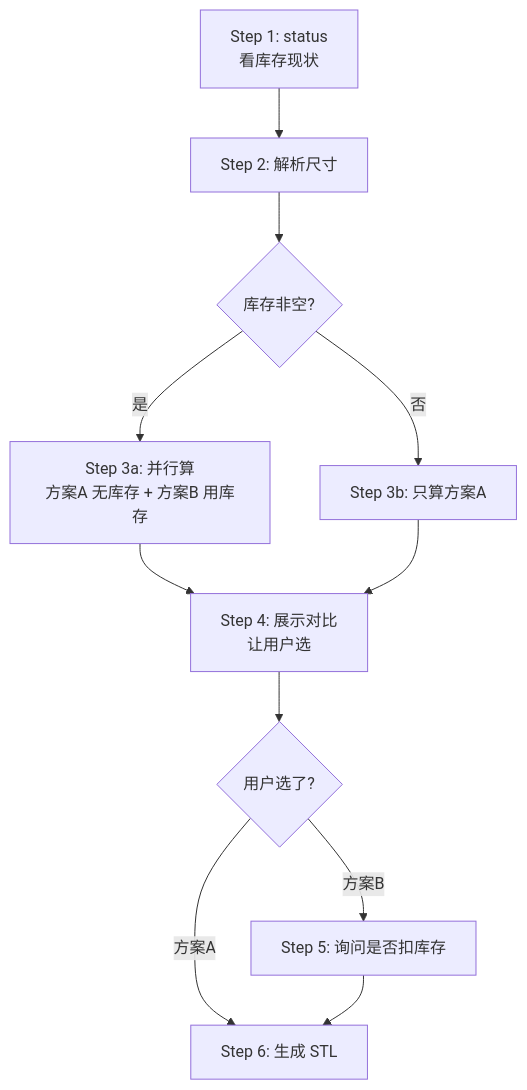
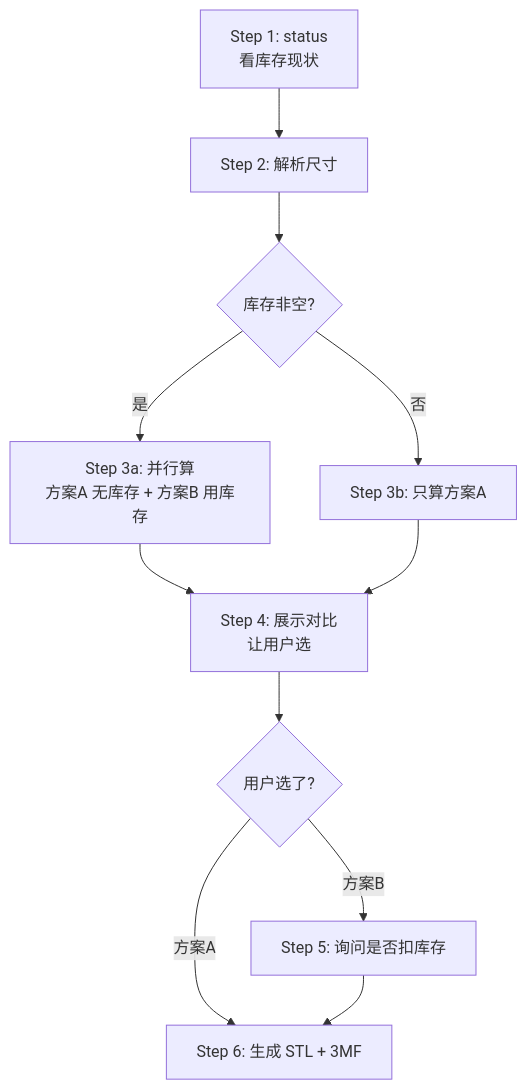
One commit to crhan/opengrid-drawer-filler changed the diagram in .claude/skills/opengrid-drawer-filler/SKILL.md. Above: the diagram before and after it, drawn with Mermaid. The commit also changed other lines of this file and 10 other files, not shown here.

````diff
--- a/.claude/skills/opengrid-drawer-filler/SKILL.md
+++ b/.claude/skills/opengrid-drawer-filler/SKILL.md
@@ -21,13 +21,13 @@
 ```mermaid
 flowchart TD
     A[Step 1: status\n看库存现状] --> B[Step 2: 解析尺寸]
     B --> C{库存非空?}
     C -- 是 --> D[Step 3a: 并行算\n方案A 无库存 + 方案B 用库存]
     C -- 否 --> E[Step 3b: 只算方案A]
     D --> F[Step 4: 展示对比\n让用户选]
     E --> F
     F --> G{用户选了?}
     G -- 方案B --> H[Step 5: 询问是否扣库存]
-    G -- 方案A --> I[Step 6: 生成 STL]
+    G -- 方案A --> I[Step 6: 生成 STL + 3MF]
     H --> I
 ```
````
